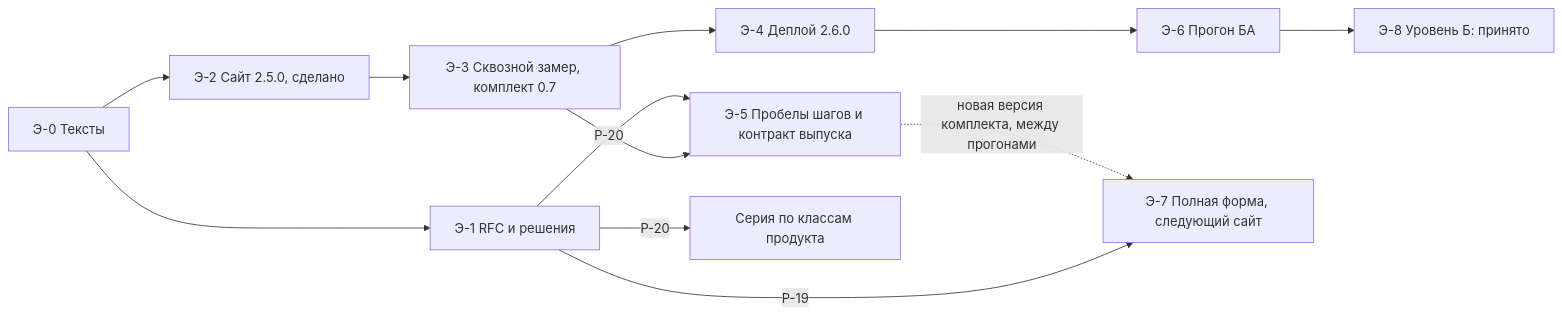
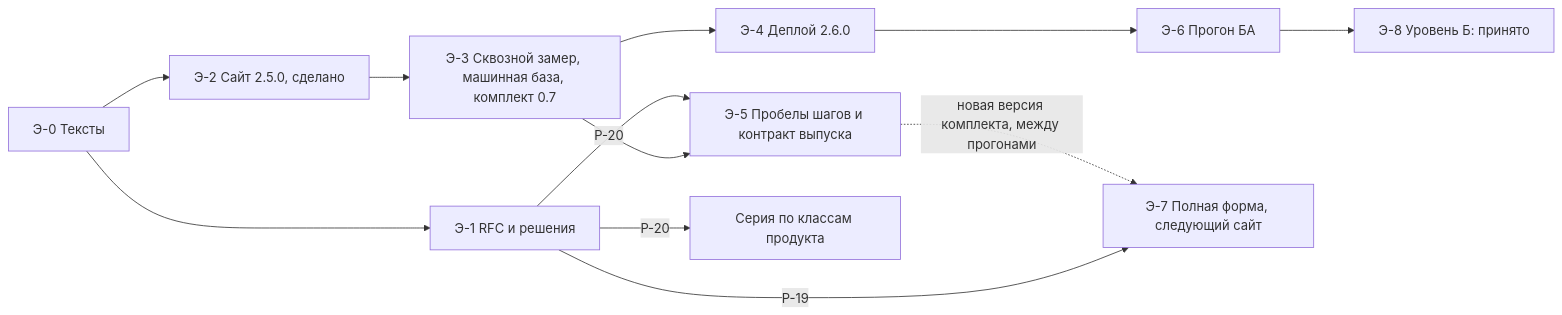
Before and after one commit to G-Ivan-A/mango_ba_prompts: the diagram in docs/rfc/2026-11-bcreq-prompts-publication-roadmap.md, drawn with Mermaid. The commit also changed other lines of this file and 11 other files, not shown here.

First line of the commit message:
docs(issue-454): RFC-PUB-001 v0.3 — машинная база, DEC-454-09, бэклог

````diff
--- a/docs/rfc/2026-11-bcreq-prompts-publication-roadmap.md
+++ b/docs/rfc/2026-11-bcreq-prompts-publication-roadmap.md
@@ -89,14 +96,14 @@
 ```mermaid
 flowchart LR
     E0["Э-0 Тексты"] --> E1["Э-1 RFC и решения"]
     E0 --> E2["Э-2 Сайт 2.5.0, сделано"]
-    E2 --> E3["Э-3 Сквозной замер, комплект 0.7"]
+    E2 --> E3["Э-3 Сквозной замер, машинная база, комплект 0.7"]
     E3 --> E4["Э-4 Деплой 2.6.0"]
     E4 --> E6["Э-6 Прогон БА"]
     E3 --> E5["Э-5 Пробелы шагов и контракт выпуска"]
     E1 -->|"Р-20"| E5
     E1 -->|"Р-20"| S["Серия по классам продукта"]
     E1 -->|"Р-19"| E7["Э-7 Полная форма, следующий сайт"]
     E6 --> E8["Э-8 Уровень Б: принято"]
     E5 -.->|"новая версия комплекта, между прогонами"| E7
 ```
````
